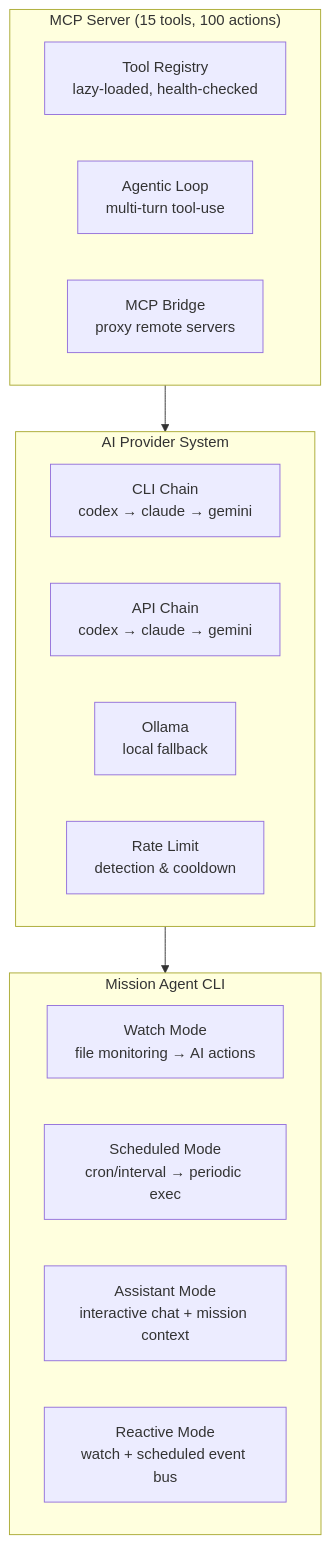
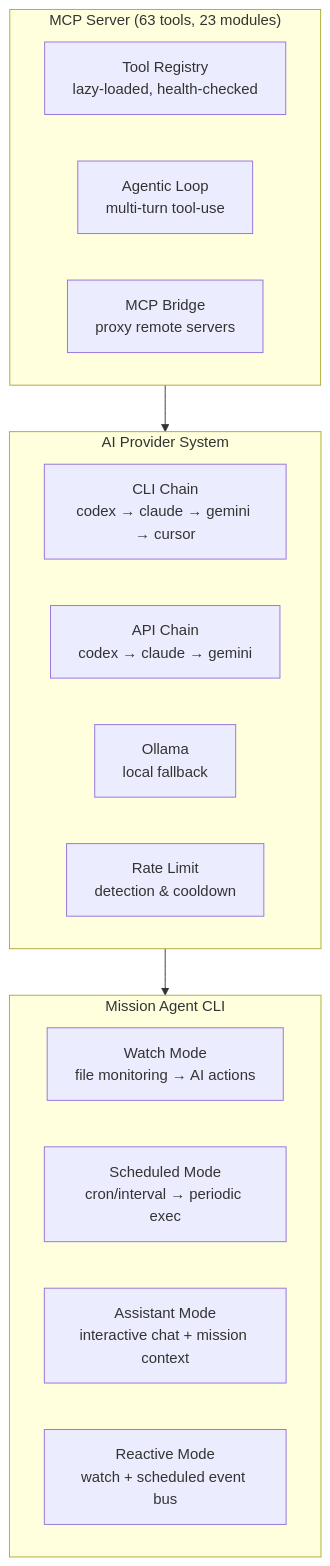
The diagram in README.md (sudohakan/HakanMCP), drawn with Mermaid before and after one commit. The commit also changed other lines of this file, not shown here.

````diff
--- a/README.md
+++ b/README.md
@@ -237,25 +259,25 @@
 ```mermaid
 graph TB
-    subgraph MCP["MCP Server (15 tools, 100 actions)"]
+    subgraph MCP["MCP Server (63 tools, 23 modules)"]
         TR[Tool Registry<br/>lazy-loaded, health-checked]
         AL[Agentic Loop<br/>multi-turn tool-use]
         MB[MCP Bridge<br/>proxy remote servers]
     end
 
     subgraph AI["AI Provider System"]
-        CLI[CLI Chain<br/>codex → claude → gemini]
+        CLI[CLI Chain<br/>codex → claude → gemini → cursor]
         API[API Chain<br/>codex → claude → gemini]
         OL[Ollama<br/>local fallback]
         RL[Rate Limit<br/>detection & cooldown]
     end
 
     subgraph MISSION["Mission Agent CLI"]
         WM[Watch Mode<br/>file monitoring → AI actions]
         SM[Scheduled Mode<br/>cron/interval → periodic exec]
         AM[Assistant Mode<br/>interactive chat + mission context]
         RM[Reactive Mode<br/>watch + scheduled event bus]
     end
 
     MCP --> AI
     AI --> MISSION
 ```
````
